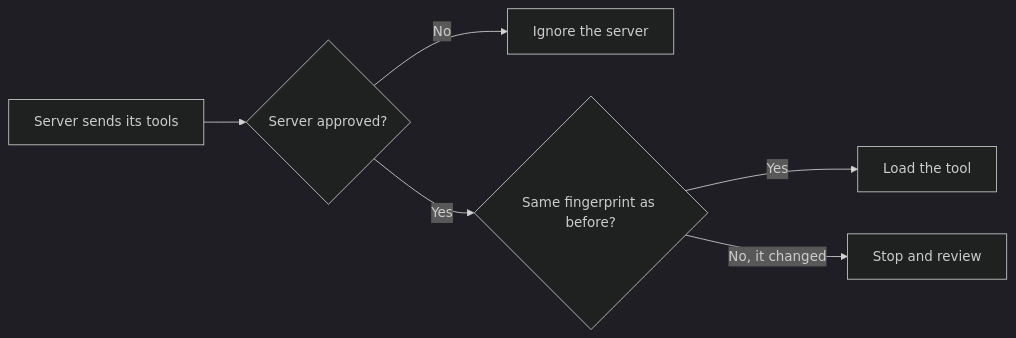
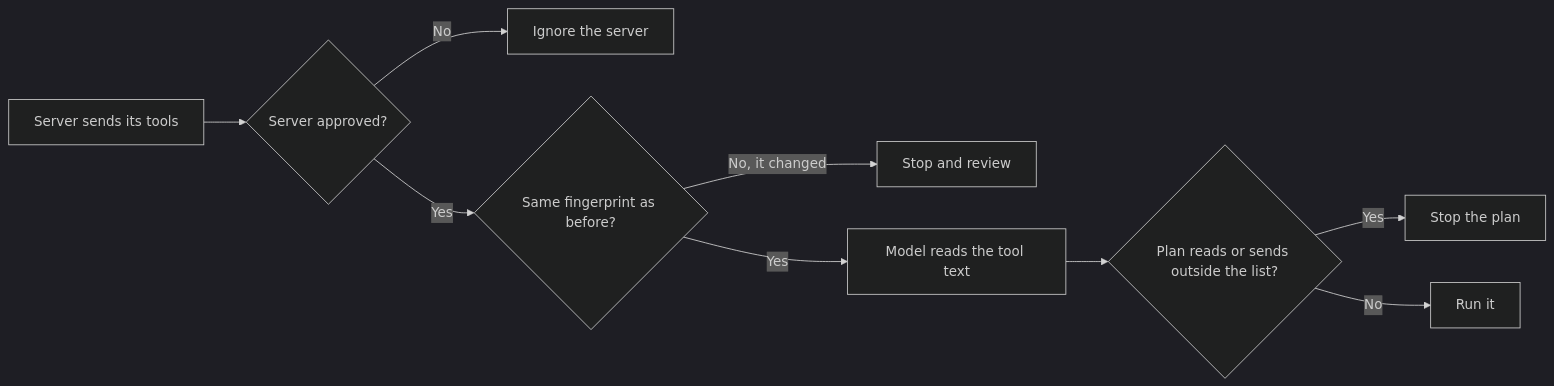
One commit to learnwithparam/agentic-ai-live-labs changed the diagram in docs/labs/08-mcp-trust.md. Above: the diagram before and after it, drawn with Mermaid (dark theme). The commit also changed other lines of this file and 59 other files, not shown here.

````diff
--- a/docs/labs/08-mcp-trust.md
+++ b/docs/labs/08-mcp-trust.md
@@ -7,8 +7,11 @@
 ```mermaid
 flowchart LR
   A["Server sends its tools"] --> B{"Server approved?"}
   B -->|"No"| X["Ignore the server"]
   B -->|"Yes"| C{"Same fingerprint as before?"}
-  C -->|"Yes"| D["Load the tool"]
   C -->|"No, it changed"| Y["Stop and review"]
+  C -->|"Yes"| D["Model reads the tool text"]
+  D --> E{"Plan reads or sends outside the list?"}
+  E -->|"Yes"| Z["Stop the plan"]
+  E -->|"No"| F["Run it"]
 ```
````
